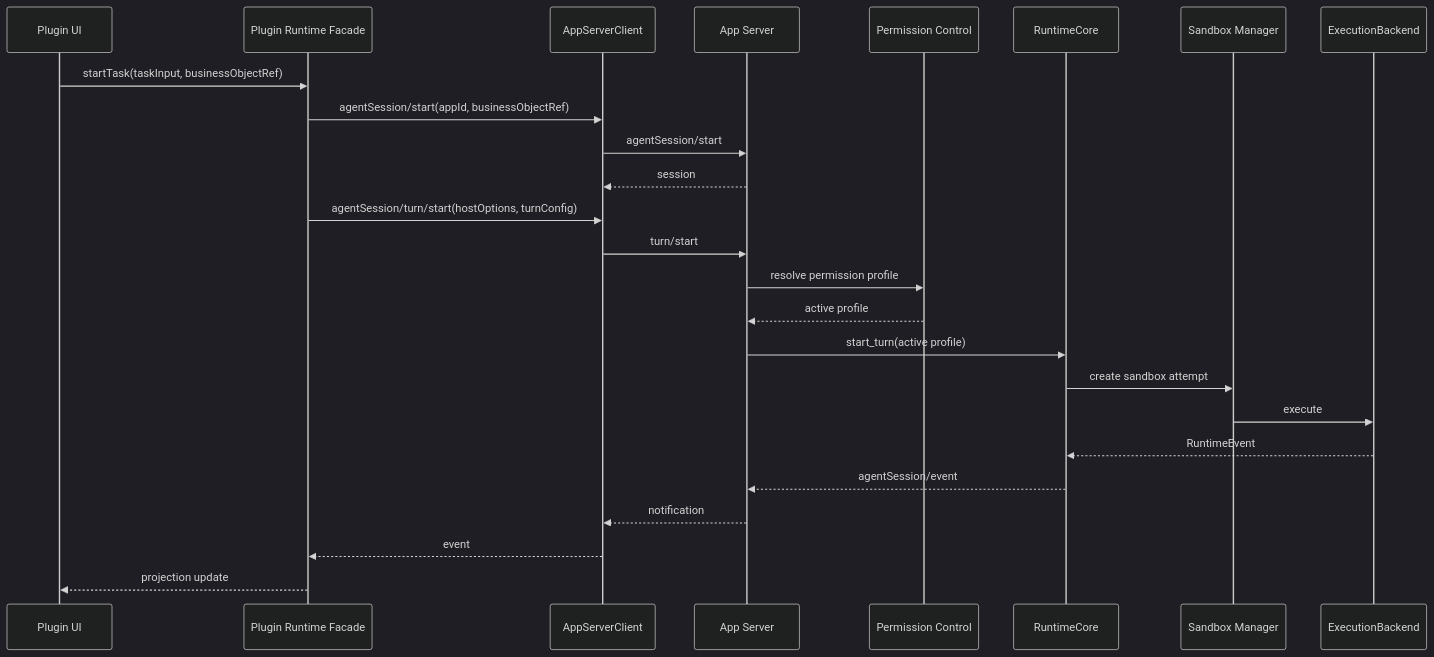
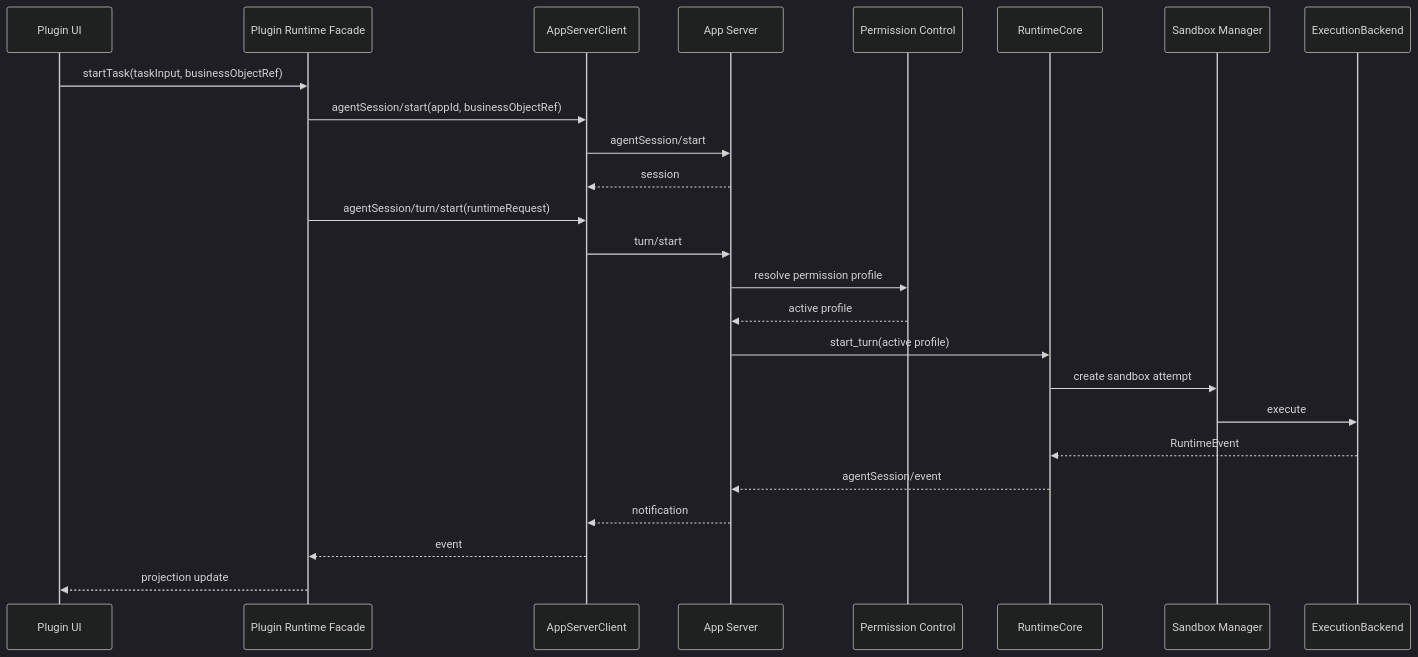
One commit to jiujuan/lime changed the fourth of 10 diagrams in internal/prd/next/sequences.md. Above: the diagram before and after it, drawn with Mermaid (dark theme). The commit also changed other lines of this file and 975 other files, not shown here.

````diff
--- a/internal/prd/next/sequences.md
+++ b/internal/prd/next/sequences.md
@@ -86,28 +86,28 @@
 ```mermaid
 sequenceDiagram
     participant App as Plugin UI
     participant Runtime as Plugin Runtime Facade
     participant Client as AppServerClient
     participant Server as App Server
     participant Policy as Permission Control
     participant Core as RuntimeCore
     participant Sandbox as Sandbox Manager
     participant Backend as ExecutionBackend
 
     App->>Runtime: startTask(taskInput, businessObjectRef)
     Runtime->>Client: agentSession/start(appId, businessObjectRef)
     Client->>Server: agentSession/start
     Server-->>Client: session
-    Runtime->>Client: agentSession/turn/start(hostOptions, turnConfig)
+    Runtime->>Client: agentSession/turn/start(runtimeRequest)
     Client->>Server: turn/start
     Server->>Policy: resolve permission profile
     Policy-->>Server: active profile
     Server->>Core: start_turn(active profile)
     Core->>Sandbox: create sandbox attempt
     Sandbox->>Backend: execute
     Backend-->>Core: RuntimeEvent
     Core-->>Server: agentSession/event
     Server-->>Client: notification
     Client-->>Runtime: event
     Runtime-->>App: projection update
 ```
````
